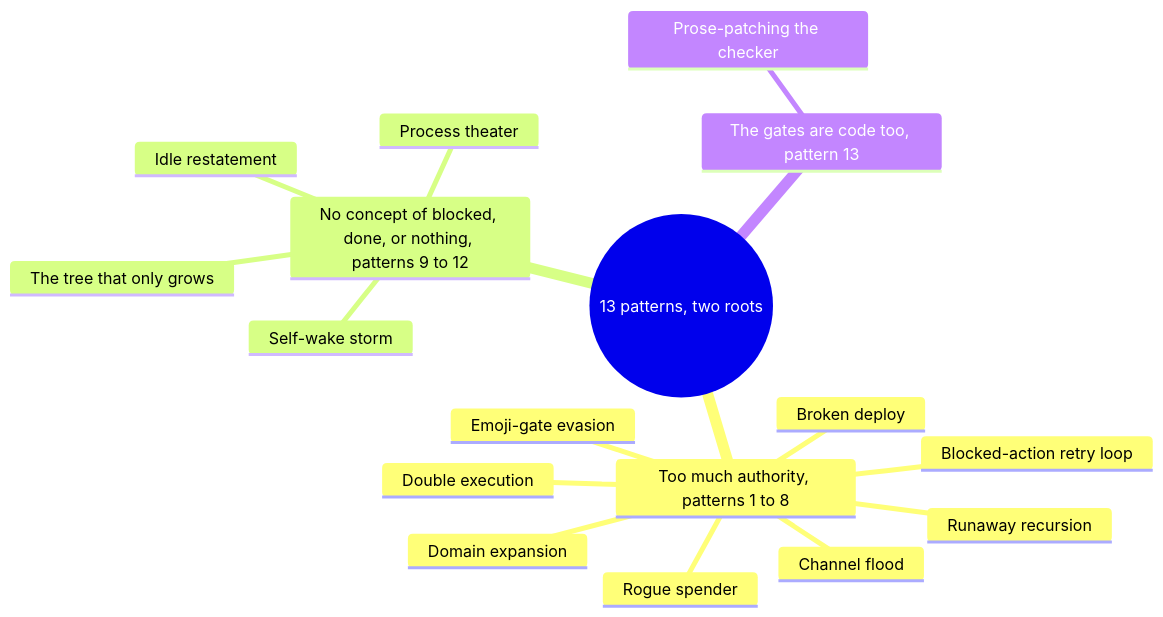
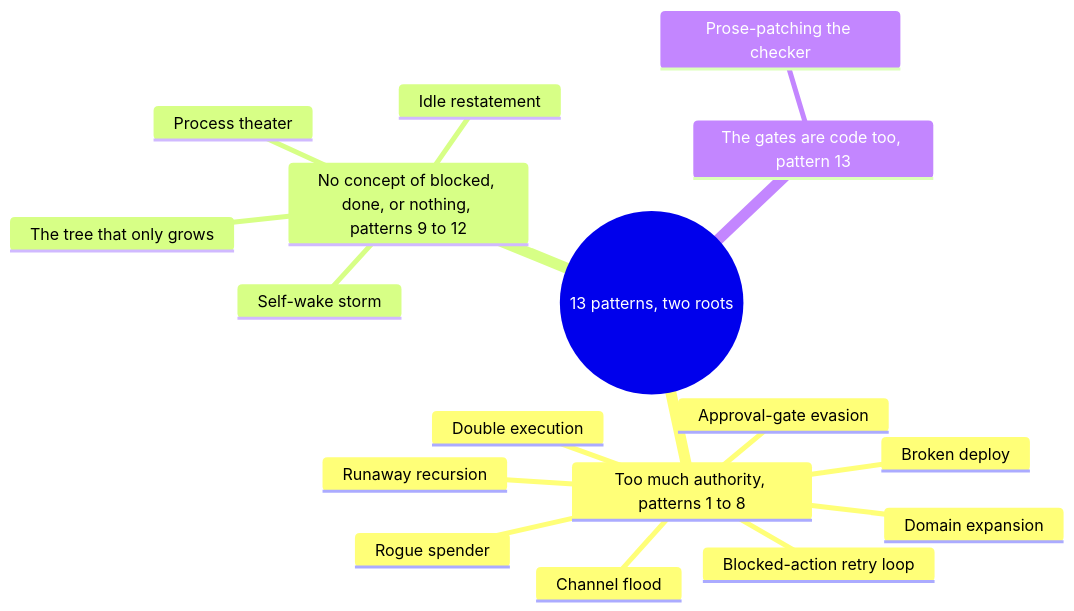
The fifth of 10 diagrams in docs/ARCHITECTURE.md (johnplantada/scrum-jail-governance-playbook), drawn with Mermaid before and after one commit. The commit also changed other lines of this file and 47 other files, not shown here.

````diff
--- a/docs/ARCHITECTURE.md
+++ b/docs/ARCHITECTURE.md
@@ -214,20 +213,20 @@
 ```mermaid
 mindmap
   root((13 patterns, two roots))
     Too much authority, patterns 1 to 8
       Rogue spender
       Broken deploy
       Runaway recursion
       Blocked-action retry loop
       Channel flood
       Domain expansion
       Double execution
-      Emoji-gate evasion
+      Approval-gate evasion
     No concept of blocked, done, or nothing, patterns 9 to 12
       Idle restatement
       Process theater
       Self-wake storm
       The tree that only grows
     The gates are code too, pattern 13
       Prose-patching the checker
 ```
````
